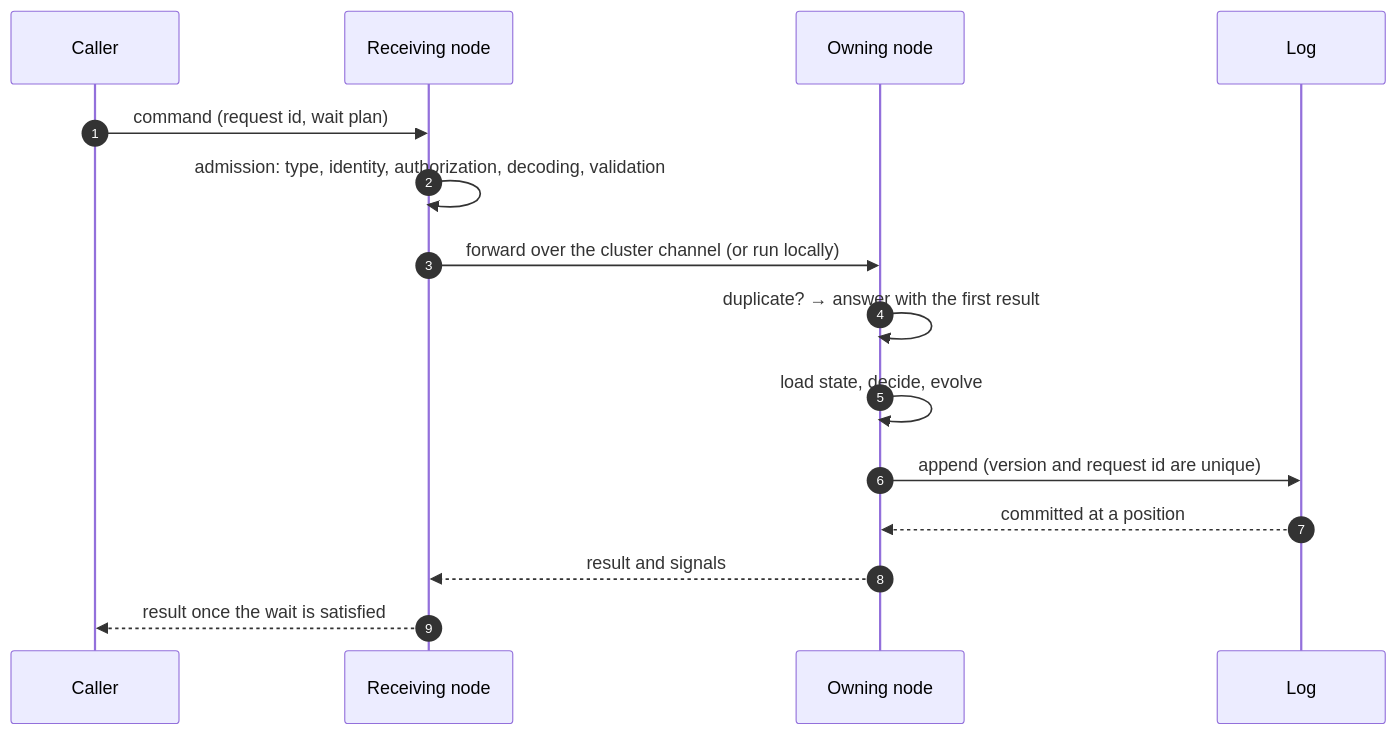
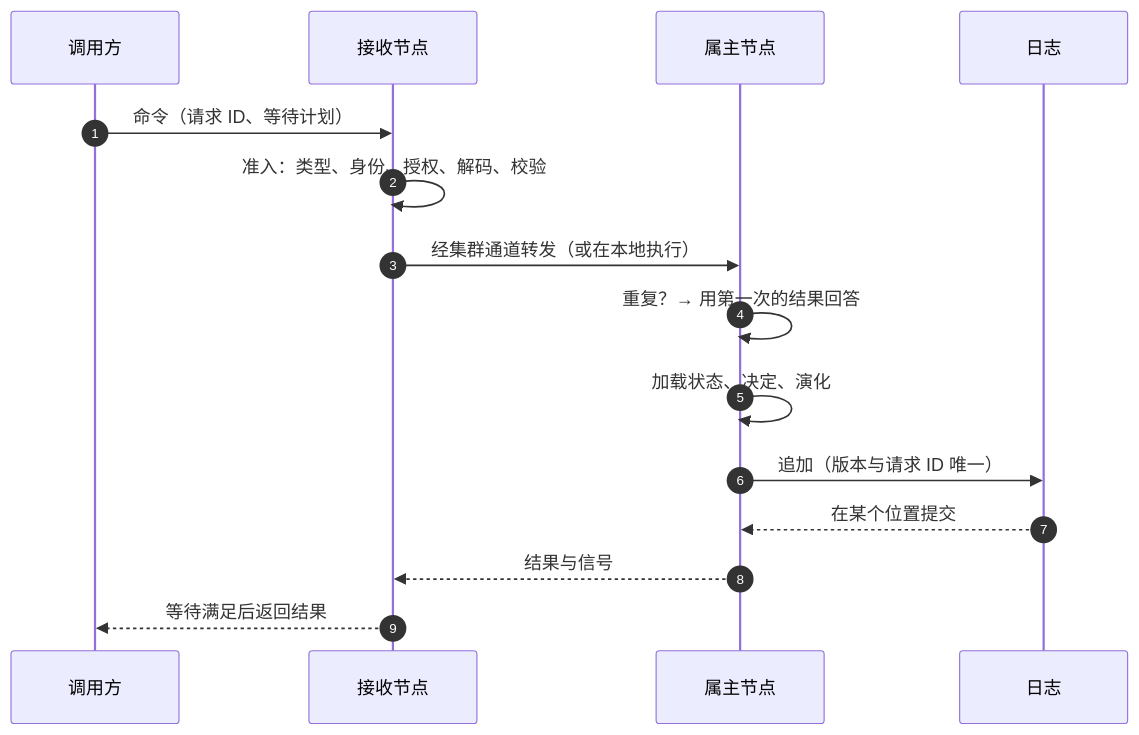
The diagram in documentation/docs/zh/concepts/write-path.md (Ahoo-Wang/Wow), drawn with Mermaid before and after one commit. The commit also changed 4 other files, not shown here.

Commit message:
docs(v10): the Chinese home page shows what you write and what you get; Chinese diagram labels in the concepts pages

````diff
--- a/documentation/docs/zh/concepts/write-path.md
+++ b/documentation/docs/zh/concepts/write-path.md
@@ -10,17 +10,17 @@
 ```mermaid
 sequenceDiagram
     autonumber
-    participant Caller
-    participant Edge as Receiving node
-    participant Owner as Owning node
-    participant Log
-    Caller->>Edge: command (request id, wait plan)
-    Edge->>Edge: admission: type, identity, authorization, decoding, validation
-    Edge->>Owner: forward over the cluster channel (or run locally)
-    Owner->>Owner: duplicate? → answer with the first result
-    Owner->>Owner: load state, decide, evolve
-    Owner->>Log: append (version and request id are unique)
-    Log-->>Owner: committed at a position
-    Owner-->>Edge: result and signals
-    Edge-->>Caller: result once the wait is satisfied
+    participant Caller as 调用方
+    participant Edge as 接收节点
+    participant Owner as 属主节点
+    participant Log as 日志
+    Caller->>Edge: 命令（请求 ID、等待计划）
+    Edge->>Edge: 准入：类型、身份、授权、解码、校验
+    Edge->>Owner: 经集群通道转发（或在本地执行）
+    Owner->>Owner: 重复？→ 用第一次的结果回答
+    Owner->>Owner: 加载状态、决定、演化
+    Owner->>Log: 追加（版本与请求 ID 唯一）
+    Log-->>Owner: 在某个位置提交
+    Owner-->>Edge: 结果与信号
+    Edge-->>Caller: 等待满足后返回结果
 ```
````
